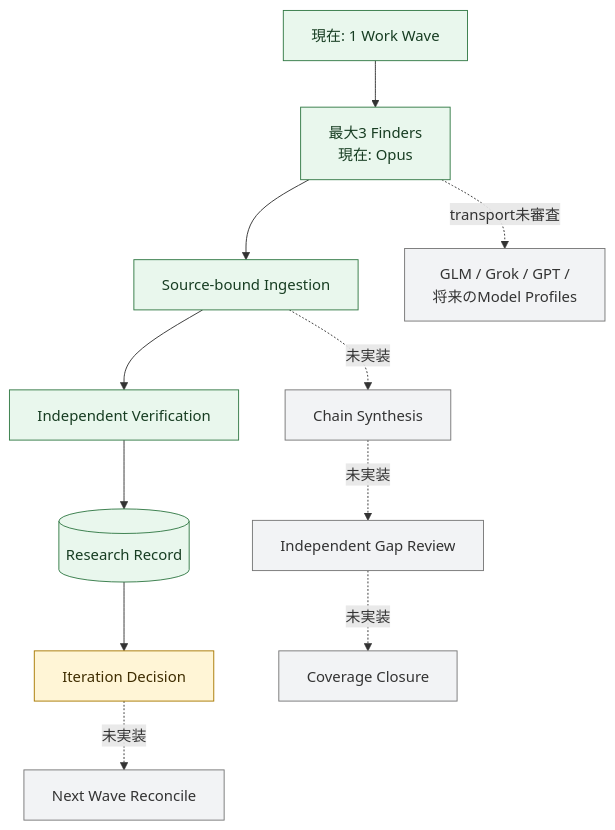
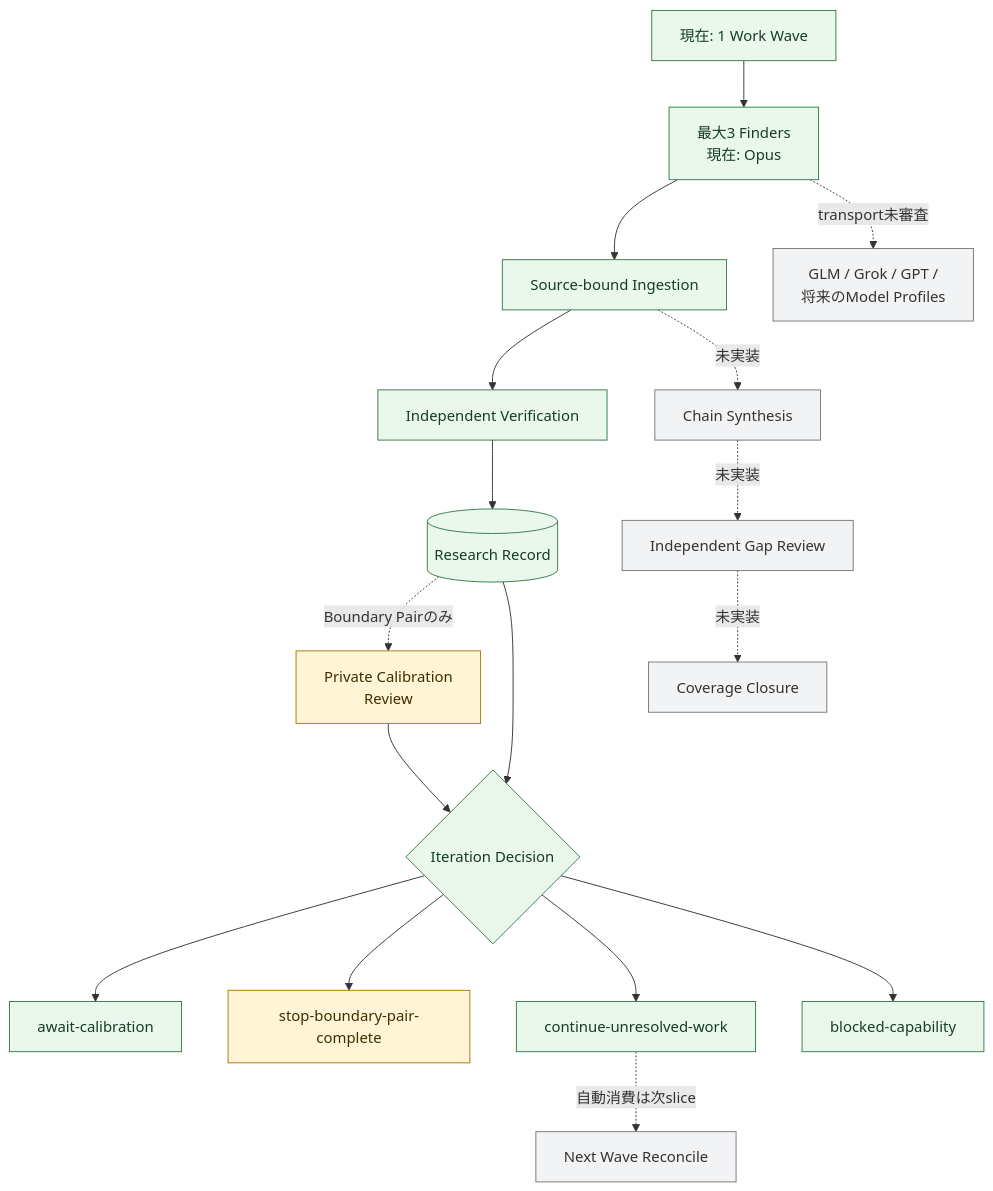
The fifth of 6 diagrams in docs/design/architecture/exploration-agent-architecture.md (momoponwork1415-lgtm/wordpress-harness), drawn with Mermaid before and after one commit. The commit also changed other lines of this file and 18 other files, not shown here.

````diff
--- a/docs/design/architecture/exploration-agent-architecture.md
+++ b/docs/design/architecture/exploration-agent-architecture.md
@@ -162,29 +162,41 @@
 ```mermaid
 flowchart TB
     current["現在: 1 Work Wave"]
     finders["最大3 Finders<br/>現在: Opus"]
     ingest["Source-bound Ingestion"]
     verify["Independent Verification"]
     record[("Research Record")]
-    decision["Iteration Decision"]
+    calibration["Private Calibration<br/>Review"]
+    decision{"Iteration Decision"}
+
+    await["await-calibration"]
+    stop["stop-boundary-pair-complete"]
+    continue["continue-unresolved-work"]
+    blocked["blocked-capability"]
 
     nextwave["Next Wave Reconcile"]
     synthesis["Chain Synthesis"]
     gaps["Independent Gap Review"]
     closure["Coverage Closure"]
     multimodel["GLM / Grok / GPT /<br/>将来のModel Profiles"]
 
-    current --> finders --> ingest --> verify --> record --> decision
-    decision -. "未実装" .-> nextwave
+    current --> finders --> ingest --> verify --> record
+    record -. "Boundary Pairのみ" .-> calibration --> decision
+    record --> decision
+    decision --> await
+    decision --> stop
+    decision --> continue
+    decision --> blocked
+    continue -. "自動消費は次slice" .-> nextwave
     ingest -. "未実装" .-> synthesis
     synthesis -. "未実装" .-> gaps
     gaps -. "未実装" .-> closure
     finders -. "transport未審査" .-> multimodel
 
     classDef done fill:#e9f7ed,stroke:#337a46,color:#173d22;
     classDef partial fill:#fff5d6,stroke:#a87800,color:#3f2d00;
     classDef planned fill:#f2f3f5,stroke:#777,color:#333;
-    class current,finders,ingest,verify,record done;
-    class decision partial;
+    class current,finders,ingest,verify,record,decision,await,continue,blocked done;
+    class calibration,stop partial;
     class nextwave,synthesis,gaps,closure,multimodel planned;
 ```
````
